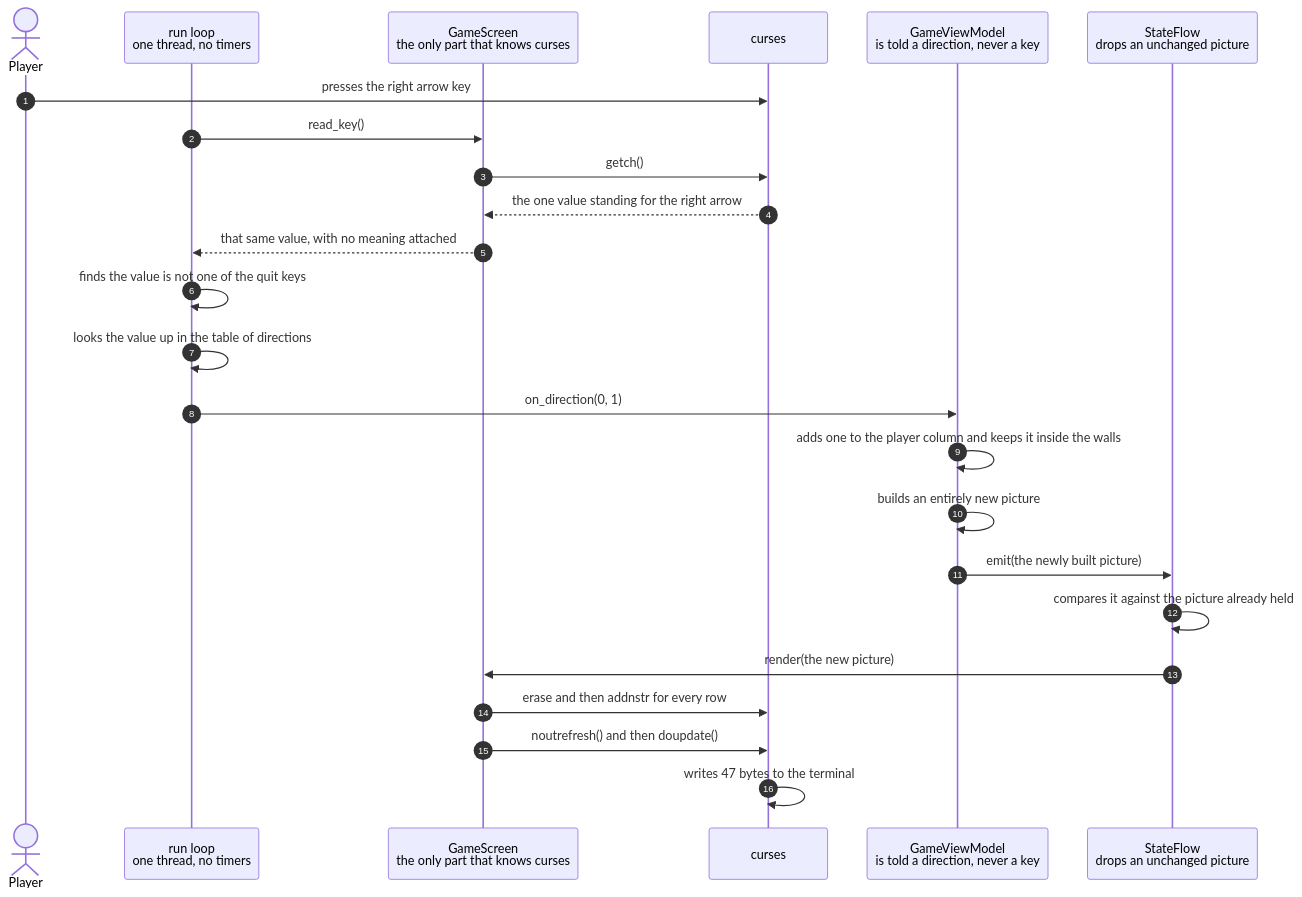
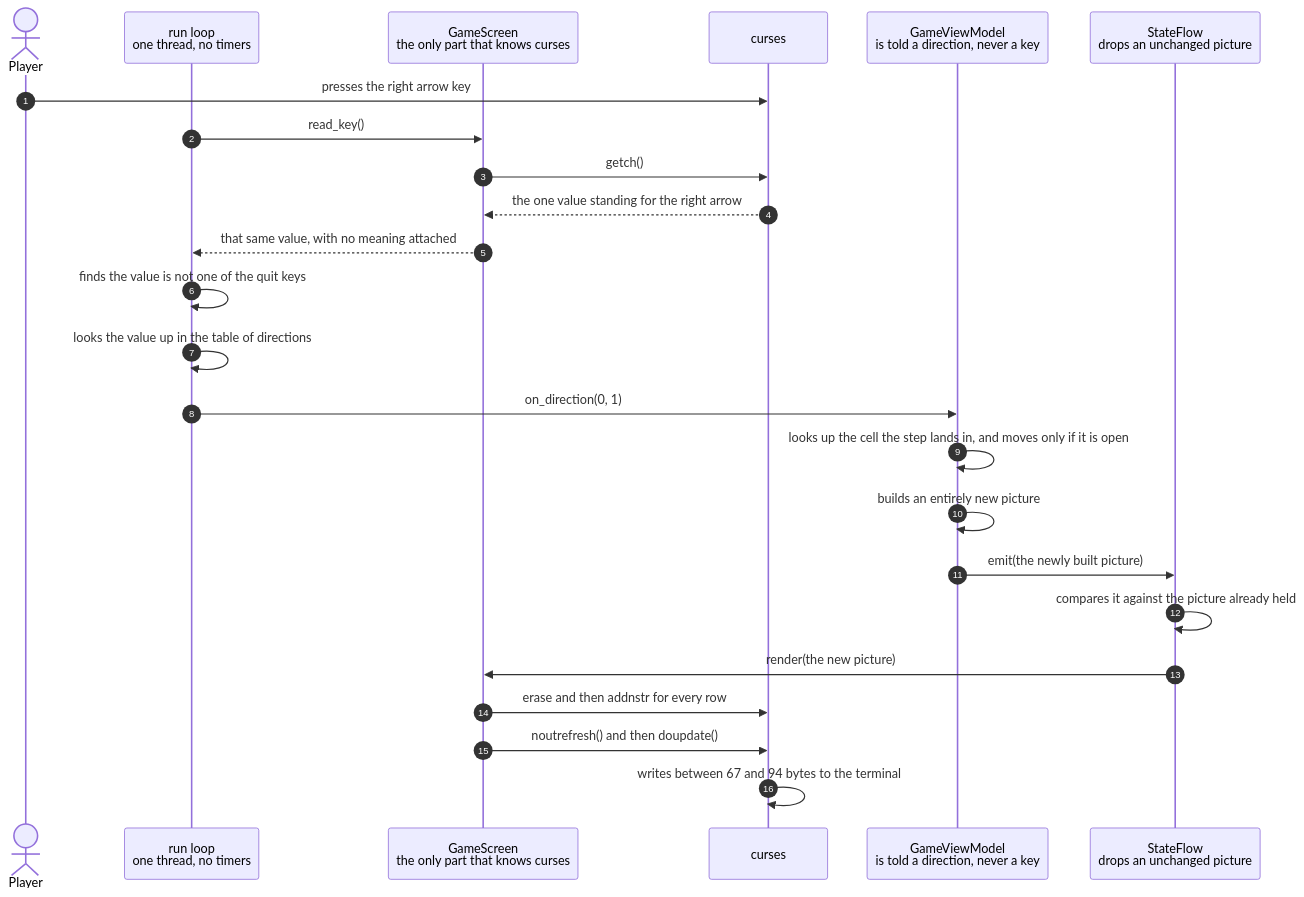
The diagram in docs/an-arrow-key-moves-the-player-and-repaints-the-screen.md (replicant1/TerminalGame), drawn with Mermaid before and after one commit. The commit also changed other lines of this file and 10 other files, not shown here.

````diff
--- a/docs/an-arrow-key-moves-the-player-and-repaints-the-screen.md
+++ b/docs/an-arrow-key-moves-the-player-and-repaints-the-screen.md
@@ -51,27 +48,27 @@
 ```mermaid
 sequenceDiagram
     autonumber
     actor Player
     participant Main as run loop<br/>one thread, no timers
     participant Screen as GameScreen<br/>the only part that knows curses
     participant Curses as curses
     participant ViewModel as GameViewModel<br/>is told a direction, never a key
     participant Flow as StateFlow<br/>drops an unchanged picture
 
     Player->>Curses: presses the right arrow key
     Main->>Screen: read_key()
     Screen->>Curses: getch()
     Curses-->>Screen: the one value standing for the right arrow
     Screen-->>Main: that same value, with no meaning attached
     Main->>Main: finds the value is not one of the quit keys
     Main->>Main: looks the value up in the table of directions
     Main->>ViewModel: on_direction(0, 1)
-    ViewModel->>ViewModel: adds one to the player column and keeps it inside the walls
+    ViewModel->>ViewModel: looks up the cell the step lands in, and moves only if it is open
     ViewModel->>ViewModel: builds an entirely new picture
     ViewModel->>Flow: emit(the newly built picture)
     Flow->>Flow: compares it against the picture already held
     Flow->>Screen: render(the new picture)
     Screen->>Curses: erase and then addnstr for every row
     Screen->>Curses: noutrefresh() and then doupdate()
-    Curses->>Curses: writes 47 bytes to the terminal
+    Curses->>Curses: writes between 67 and 94 bytes to the terminal
 ```
````
